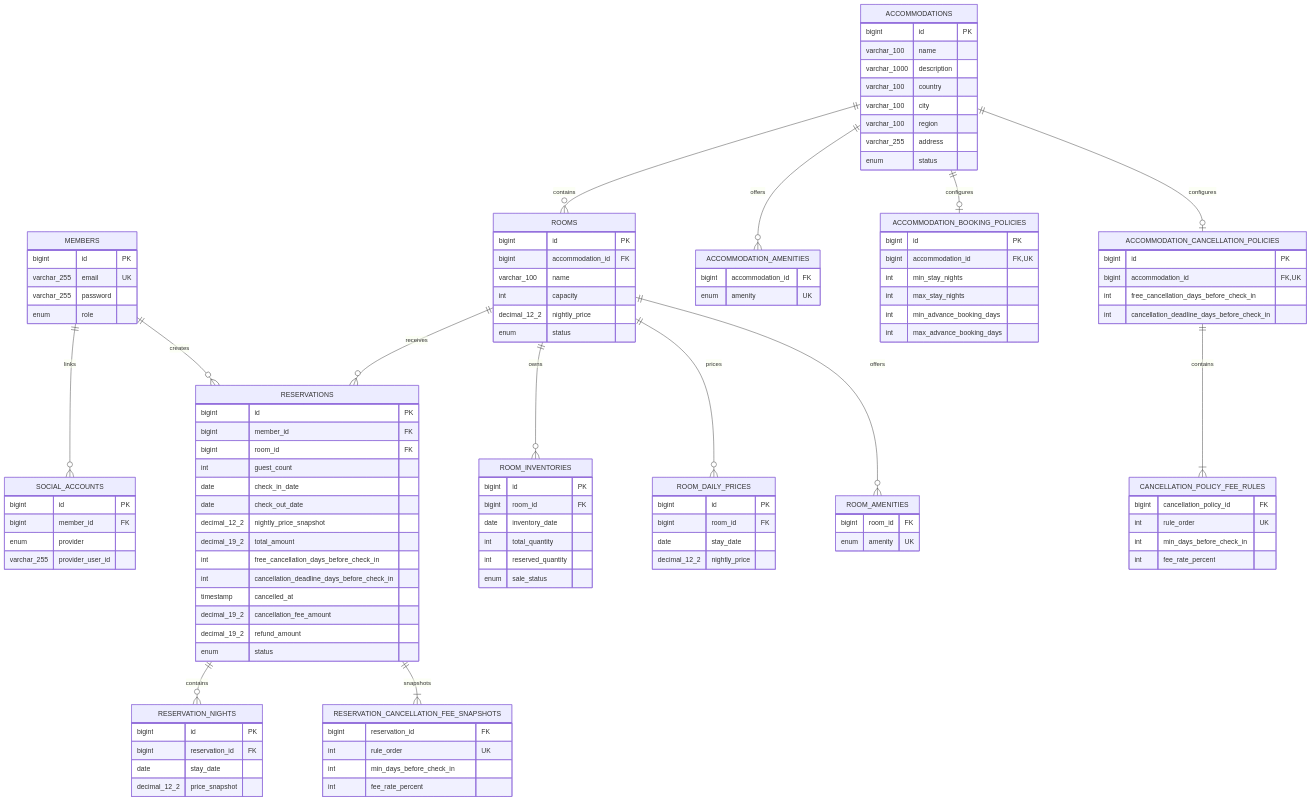
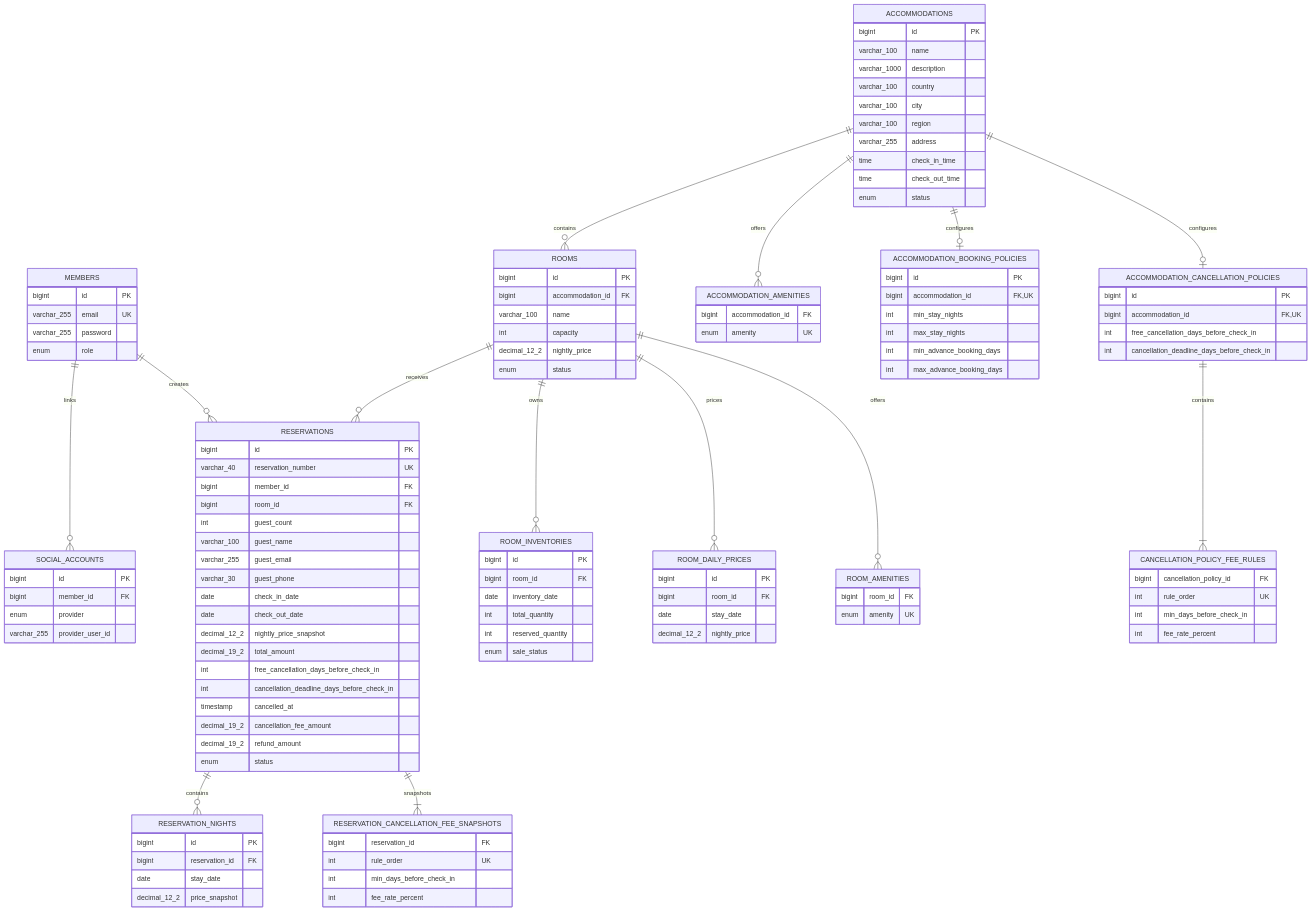
One commit to K4RF/reservation-platform changed the diagram in docs/erd/database-schema.md. Above: the diagram before and after it, drawn with Mermaid. The commit also changed other lines of this file and 28 other files, not shown here.

```diff
--- a/docs/erd/database-schema.md
+++ b/docs/erd/database-schema.md
@@ -44,6 +44,8 @@
         varchar_100 city
         varchar_100 region
         varchar_255 address
+        time check_in_time
+        time check_out_time
         enum status
     }
 
@@ -107,9 +109,13 @@
 
     RESERVATIONS {
         bigint id PK
+        varchar_40 reservation_number UK
         bigint member_id FK
         bigint room_id FK
         int guest_count
+        varchar_100 guest_name
+        varchar_255 guest_email
+        varchar_30 guest_phone
         date check_in_date
         date check_out_date
         decimal_12_2 nightly_price_snapshot
```
